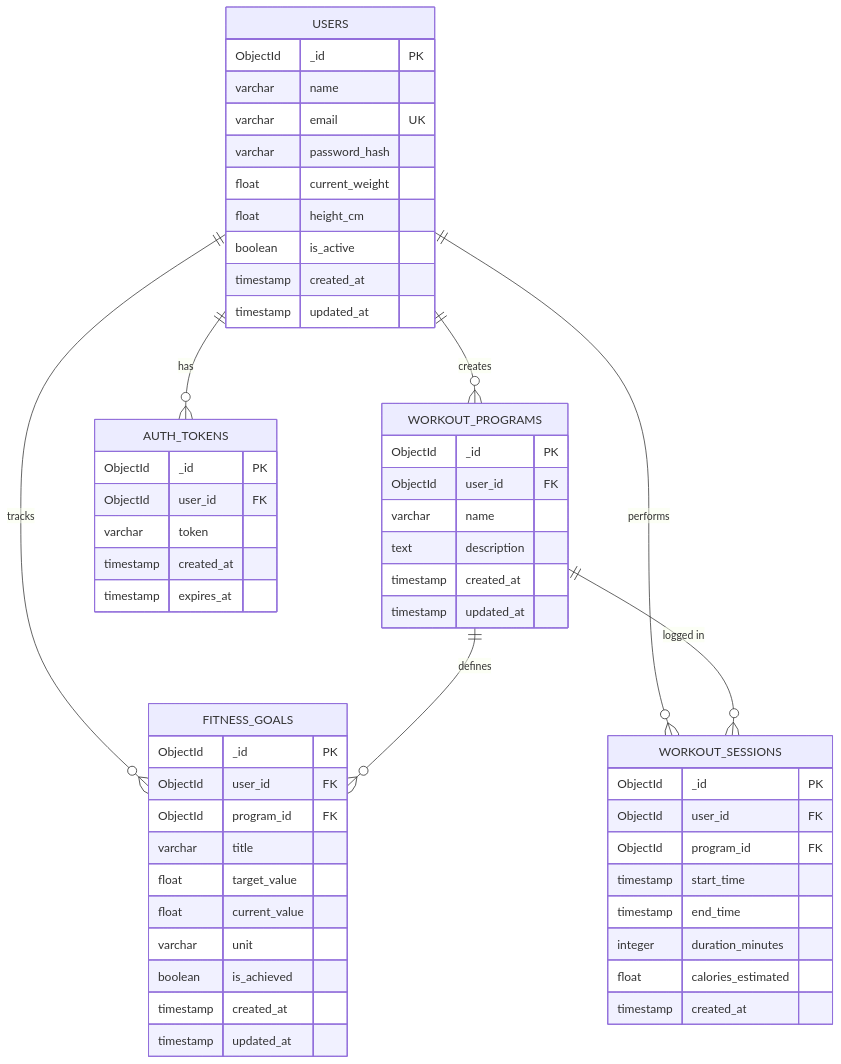
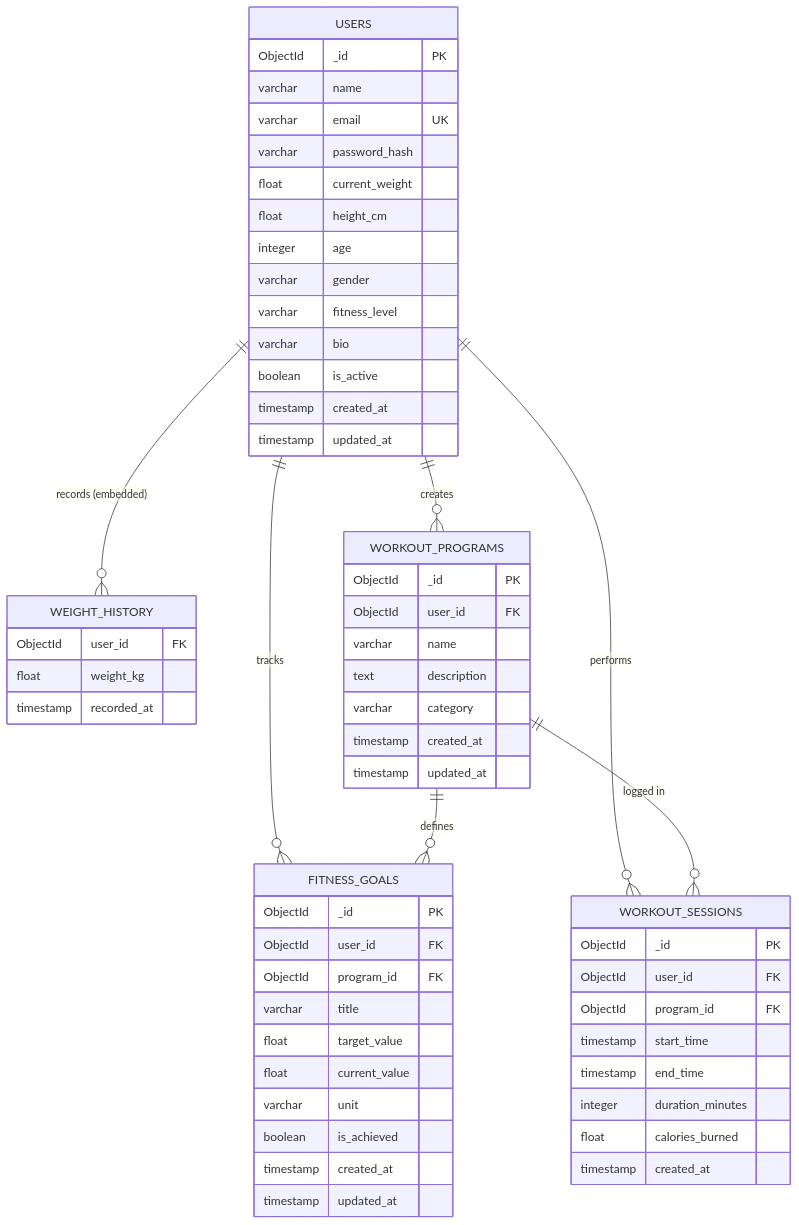
Before and after one commit to Shubhz20/Project-Milestone-1: the diagram in erDiagram.md, drawn with Mermaid. The commit also changed other lines of this file and 4 other files, not shown here.

First line of the commit message:
docs: update diagrams + idea to cover Profile, Recommendations, and design patterns

````diff
--- a/erDiagram.md
+++ b/erDiagram.md
@@ -11,65 +11,68 @@
 ```mermaid
 erDiagram
     USERS {
         ObjectId _id PK
         varchar name
         varchar email UK
         varchar password_hash
         float current_weight
         float height_cm
+        integer age
+        varchar gender
+        varchar fitness_level
+        varchar bio
         boolean is_active
         timestamp created_at
         timestamp updated_at
+    }
+
+    WEIGHT_HISTORY {
+        ObjectId user_id FK
+        float weight_kg
+        timestamp recorded_at
     }
 
     WORKOUT_PROGRAMS {
         ObjectId _id PK
         ObjectId user_id FK
         varchar name
         text description
+        varchar category
         timestamp created_at
         timestamp updated_at
     }
 
     FITNESS_GOALS {
         ObjectId _id PK
         ObjectId user_id FK
         ObjectId program_id FK
         varchar title
         float target_value
         float current_value
         varchar unit
         boolean is_achieved
         timestamp created_at
         timestamp updated_at
     }
 
     WORKOUT_SESSIONS {
         ObjectId _id PK
         ObjectId user_id FK
         ObjectId program_id FK
         timestamp start_time
         timestamp end_time
         integer duration_minutes
-        float calories_estimated
+        float calories_burned
         timestamp created_at
-    }
-
-    AUTH_TOKENS {
-        ObjectId _id PK
-        ObjectId user_id FK
-        varchar token
-        timestamp created_at
-        timestamp expires_at
     }
 
     %% ===== RELATIONSHIPS =====
 
+    USERS ||--o{ WEIGHT_HISTORY : "records (embedded)"
     USERS ||--o{ WORKOUT_PROGRAMS : "creates"
     USERS ||--o{ FITNESS_GOALS : "tracks"
     USERS ||--o{ WORKOUT_SESSIONS : "performs"
-    USERS ||--o{ AUTH_TOKENS : "has"
 
     WORKOUT_PROGRAMS ||--o{ FITNESS_GOALS : "defines"
     WORKOUT_PROGRAMS ||--o{ WORKOUT_SESSIONS : "logged in"
 ```
````
